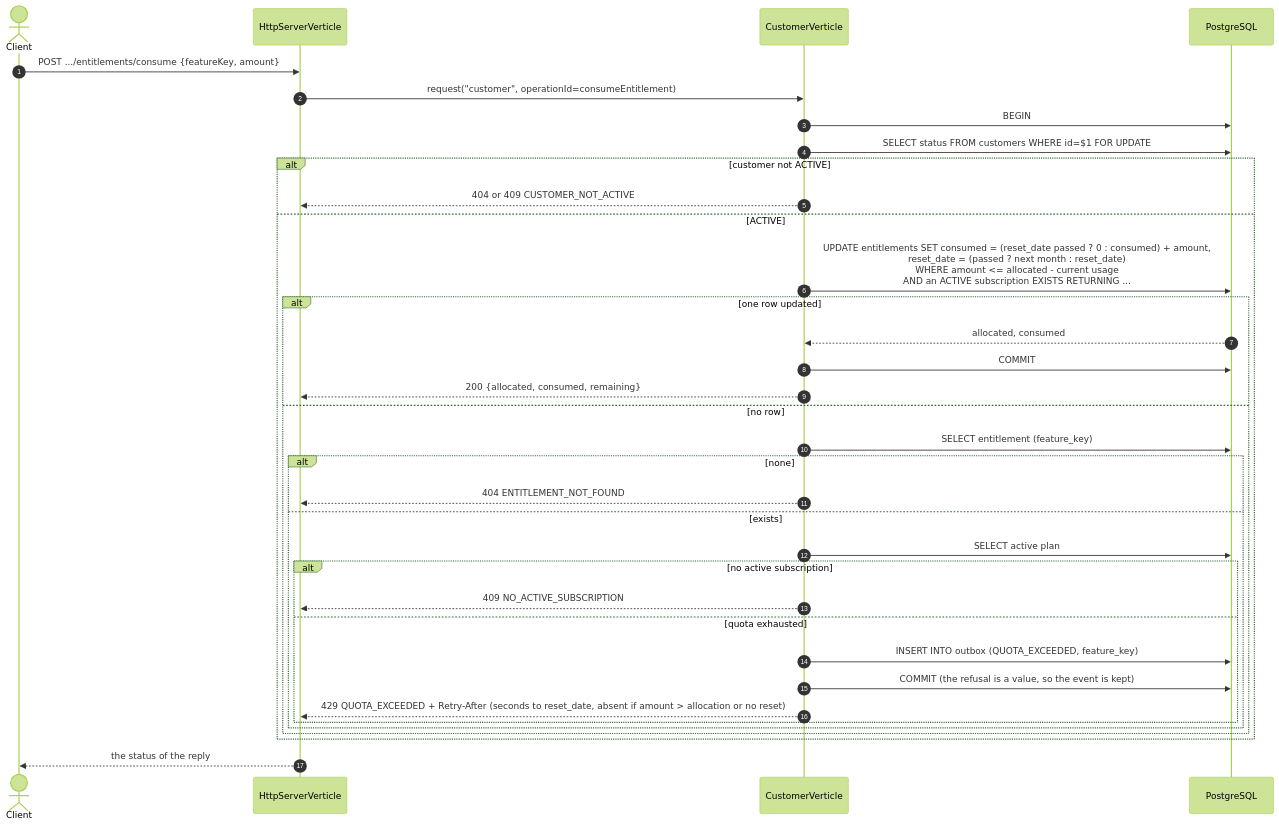
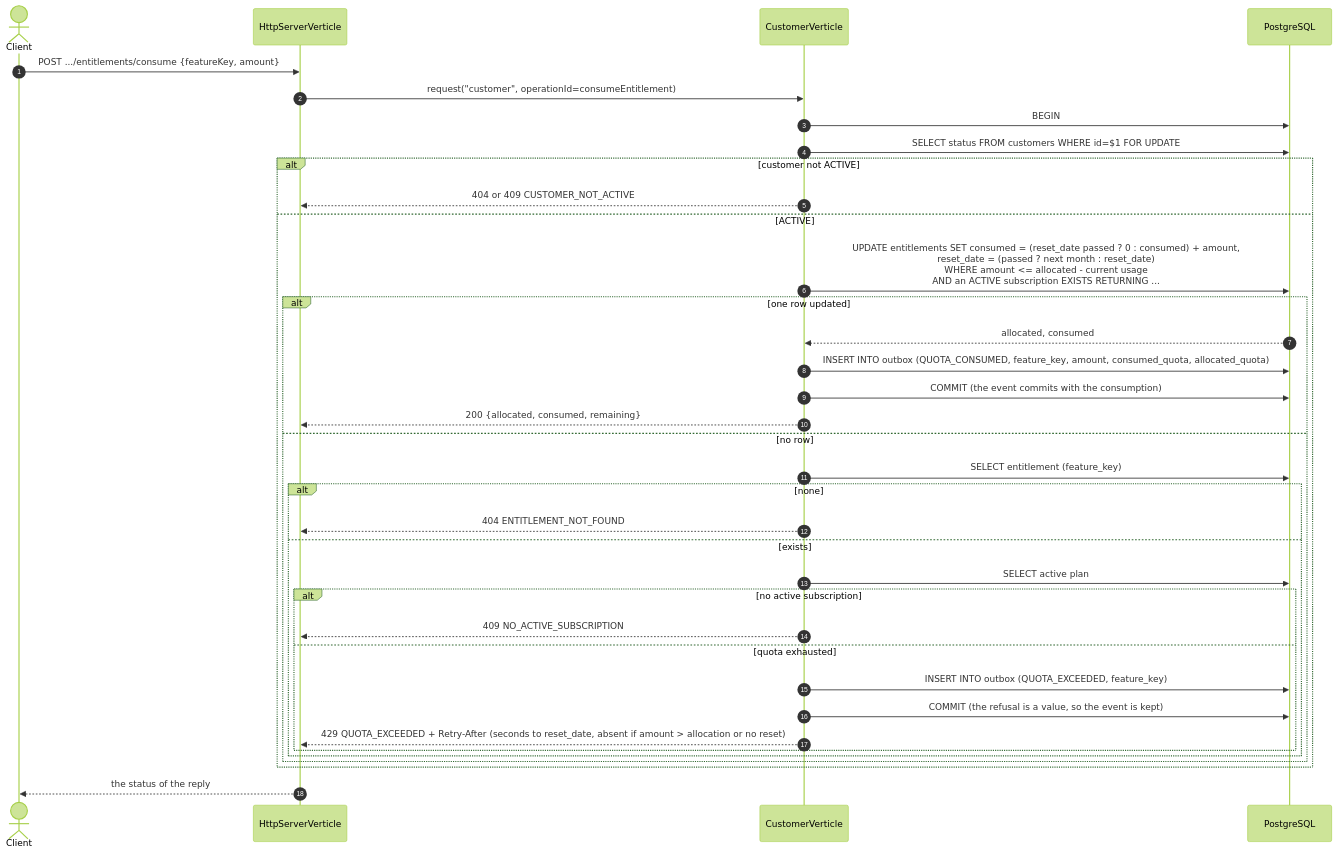
The eighth of 17 diagrams in docs/ARCHITECTURE.md (bataillec/customer-api-vertx), drawn with Mermaid (forest theme) before and after one commit. The commit also changed other lines of this file and 13 other files, not shown here.

First line of the commit message:
feat(Audit): Emit a QUOTA_CONSUMED event on a successful consume (#24)

````diff
--- a/docs/ARCHITECTURE.md
+++ b/docs/ARCHITECTURE.md
@@ -299,37 +299,38 @@
 ```mermaid
 sequenceDiagram
     autonumber
     actor C as Client
     participant H as HttpServerVerticle
     participant CU as CustomerVerticle
     participant DB as PostgreSQL
     C ->> H: POST .../entitlements/consume {featureKey, amount}
     H ->> CU: request("customer", operationId=consumeEntitlement)
     CU ->> DB: BEGIN
     CU ->> DB: SELECT status FROM customers WHERE id=$1 FOR UPDATE
     alt customer not ACTIVE
         CU -->> H: 404 or 409 CUSTOMER_NOT_ACTIVE
     else ACTIVE
         CU ->> DB: UPDATE entitlements SET consumed = (reset_date passed ? 0 : consumed) + amount,<br/>reset_date = (passed ? next month : reset_date)<br/>WHERE amount <= allocated - current usage<br/>AND an ACTIVE subscription EXISTS RETURNING ...
         alt one row updated
             DB -->> CU: allocated, consumed
-            CU ->> DB: COMMIT
+            CU ->> DB: INSERT INTO outbox (QUOTA_CONSUMED, feature_key, amount, consumed_quota, allocated_quota)
+            CU ->> DB: COMMIT (the event commits with the consumption)
             CU -->> H: 200 {allocated, consumed, remaining}
         else no row
             CU ->> DB: SELECT entitlement (feature_key)
             alt none
                 CU -->> H: 404 ENTITLEMENT_NOT_FOUND
             else exists
                 CU ->> DB: SELECT active plan
                 alt no active subscription
                     CU -->> H: 409 NO_ACTIVE_SUBSCRIPTION
                 else quota exhausted
                     CU ->> DB: INSERT INTO outbox (QUOTA_EXCEEDED, feature_key)
                     CU ->> DB: COMMIT (the refusal is a value, so the event is kept)
                     CU -->> H: 429 QUOTA_EXCEEDED + Retry-After (seconds to reset_date, absent if amount > allocation or no reset)
                 end
             end
         end
     end
     H -->> C: the status of the reply
 ```
````
